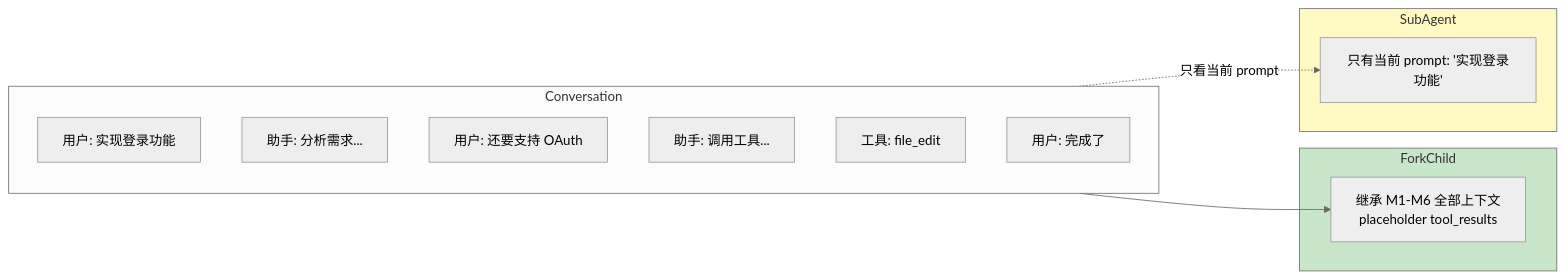
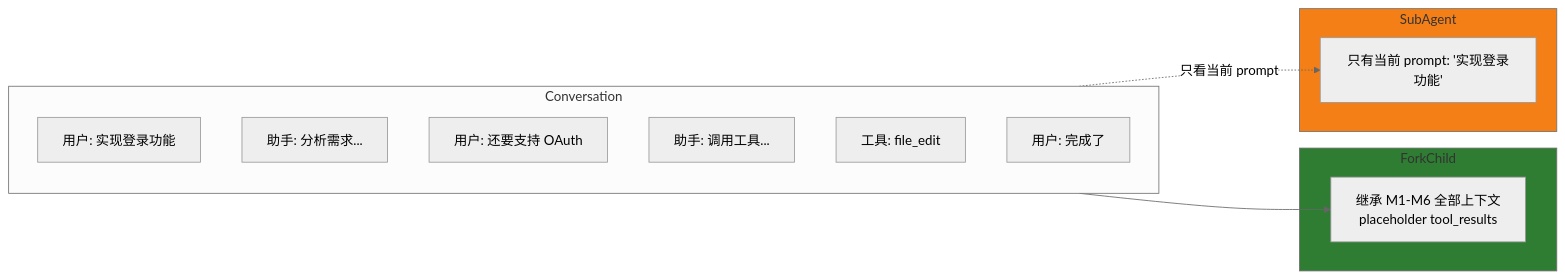
One commit to platootalp/harness-code changed the fifth of 15 diagrams in harness/docs/deep/AGENT-SYSTEM.md. Above: the diagram before and after it, drawn with Mermaid (neutral theme). The commit also changed other lines of this file and 10 other files, not shown here.

````diff
--- a/harness/docs/deep/AGENT-SYSTEM.md
+++ b/harness/docs/deep/AGENT-SYSTEM.md
@@ -422,25 +422,25 @@
 ```mermaid
 flowchart LR
     subgraph Conversation
         M1["用户: 实现登录功能"]
         M2["助手: 分析需求..."]
         M3["用户: 还要支持 OAuth"]
         M4["助手: 调用工具..."]
         M5["工具: file_edit"]
         M6["用户: 完成了"]
     end
 
     subgraph ForkChild
         FC["继承 M1-M6 全部上下文<br/>placeholder tool_results"]
     end
 
     subgraph SubAgent
         SA["只有当前 prompt: '实现登录功能'"]
     end
 
     Conversation --> FC
     Conversation -. "只看当前 prompt" .-> SA
 
-    style ForkChild fill:#c8e6c9
-    style SubAgent fill:#fff9c4
+    style ForkChild fill:#2e7d32
+    style SubAgent fill:#f57f17
 ```
````
